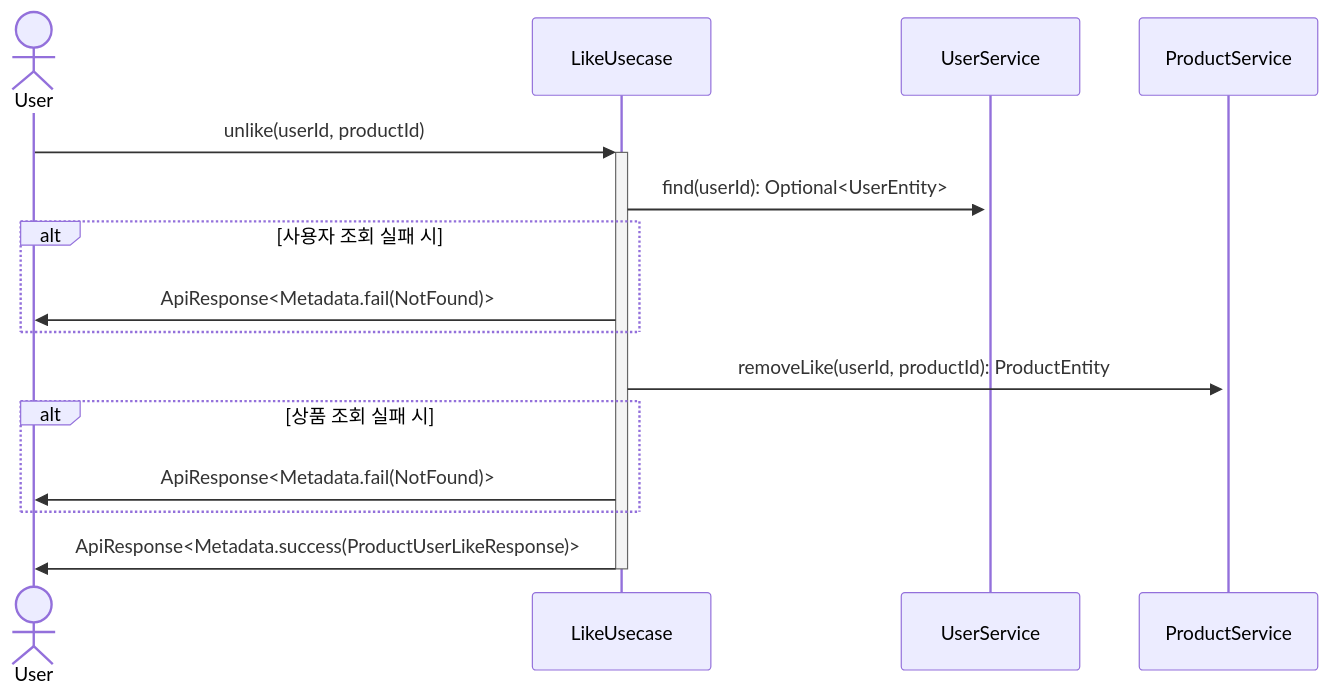
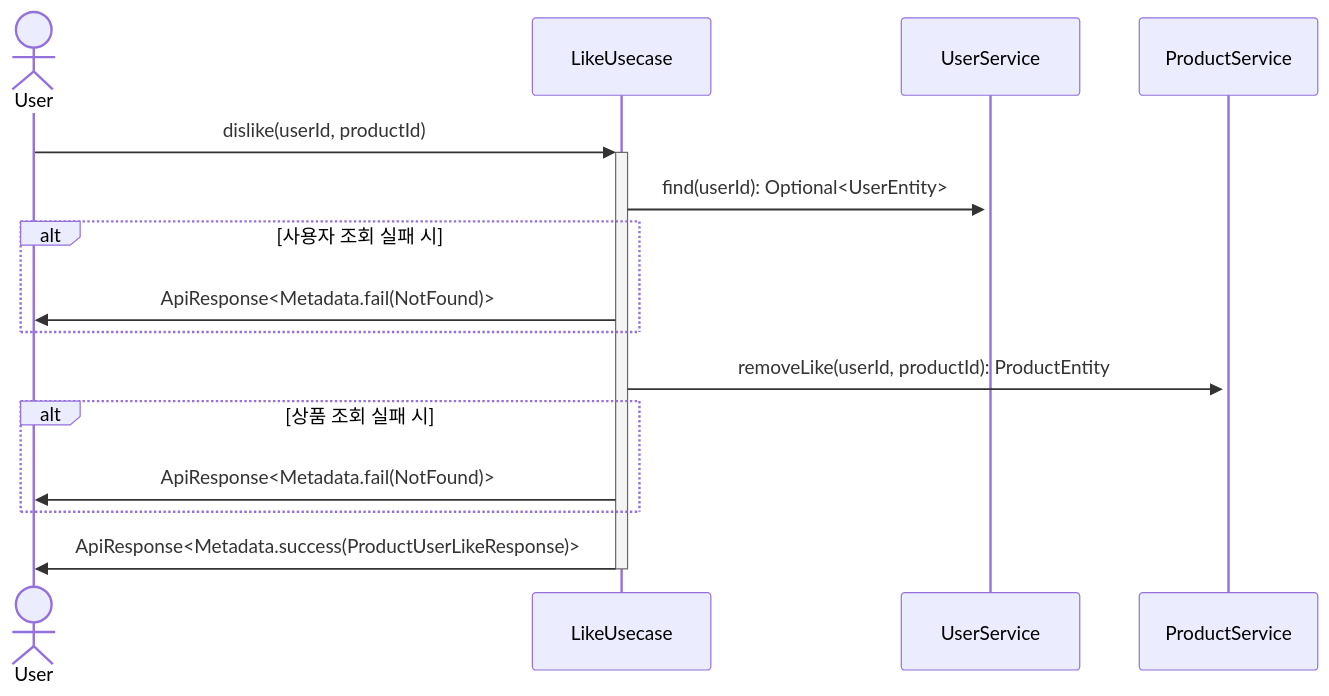
Before and after one commit to Iol-lshh/loopers_be_practice_byjava: the fifth of 10 diagrams in docs/design/02-sequence-diagrams.md, drawn with Mermaid. The commit also changed other lines of this file and 2 other files, not shown here.

````diff
--- a/docs/design/02-sequence-diagrams.md
+++ b/docs/design/02-sequence-diagrams.md
@@ -87,14 +87,14 @@
 ```mermaid
 sequenceDiagram
     actor User
-    User->>+LikeUsecase: unlike(userId, productId)
+    User->>+LikeUsecase: dislike(userId, productId)
     LikeUsecase->>+UserService: find(userId): Optional<UserEntity>
     alt 사용자 조회 실패 시
         LikeUsecase->>User: ApiResponse<Metadata.fail(NotFound)>
     end
     LikeUsecase->>+ProductService: removeLike(userId, productId): ProductEntity
     alt 상품 조회 실패 시
         LikeUsecase->>User: ApiResponse<Metadata.fail(NotFound)>
     end
     LikeUsecase->>-User: ApiResponse<Metadata.success(ProductUserLikeResponse)>
 ```
````
